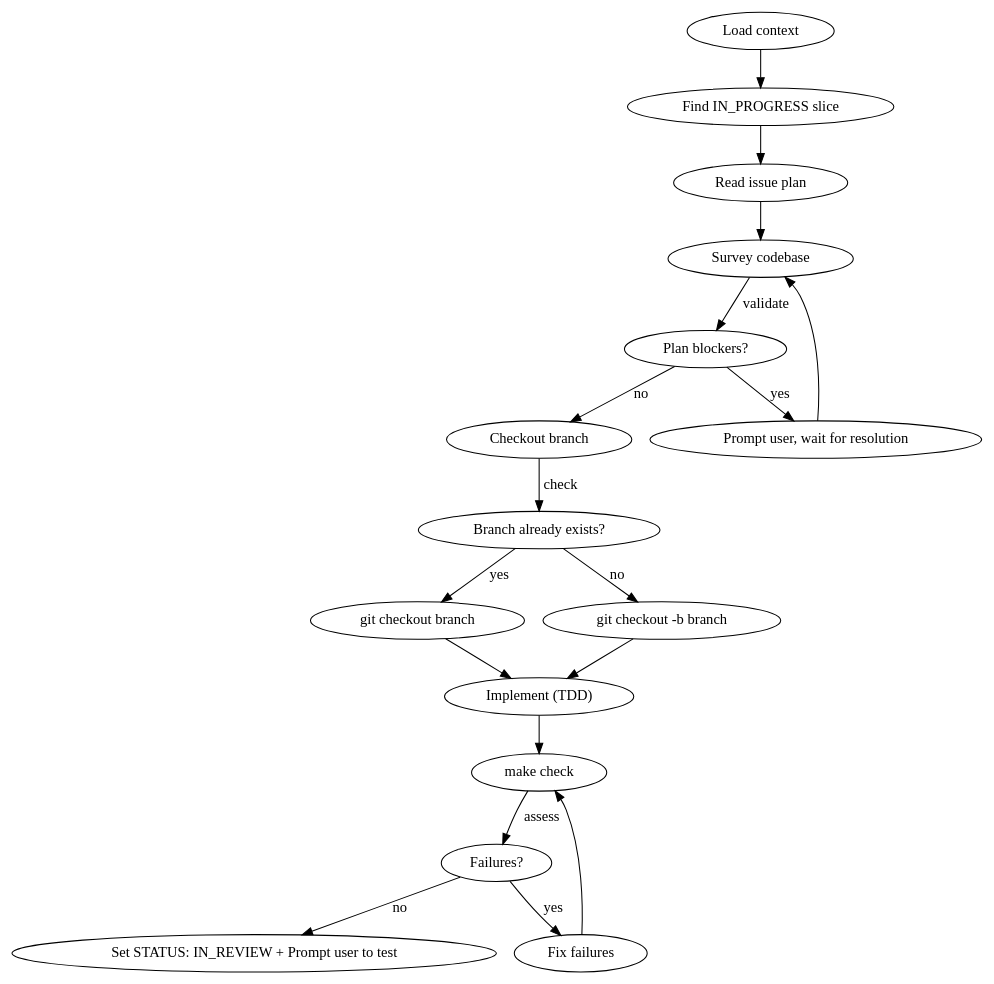
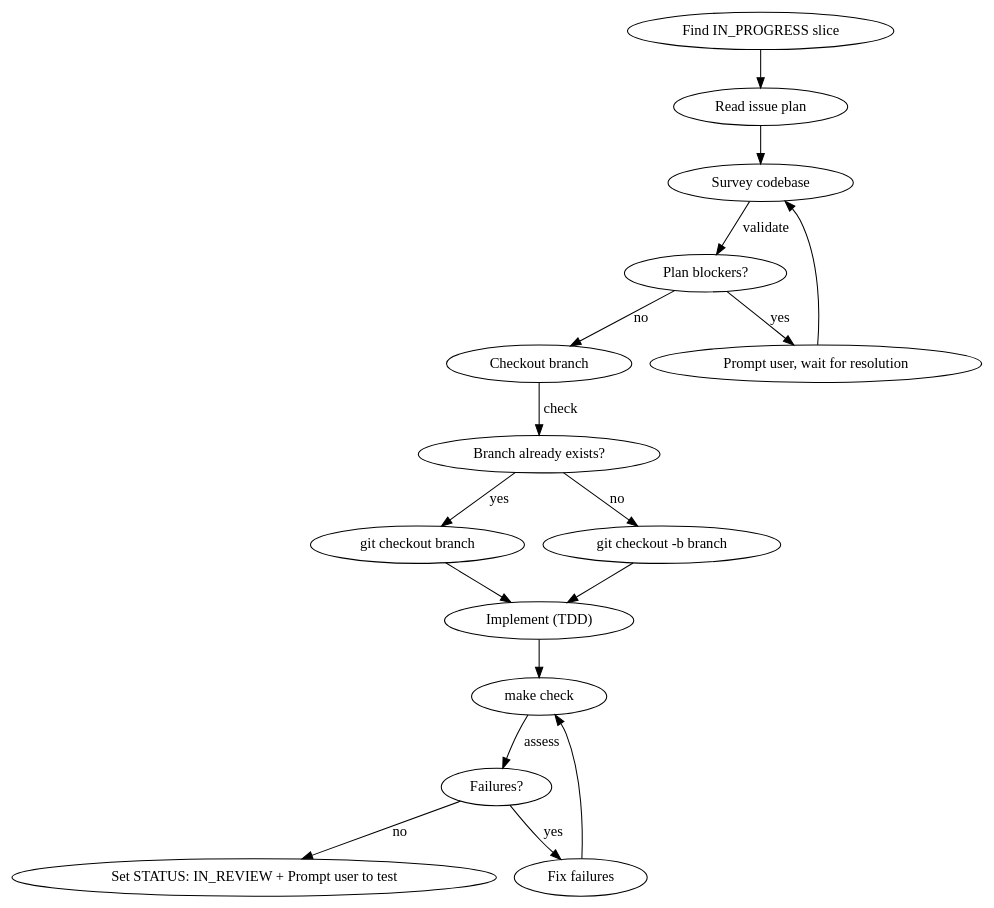
One commit to fredericomozzato/crypto_tracker changed the diagram in .claude/skills/build/SKILL.md. Above: the diagram before and after it, drawn with Graphviz. The commit also changed other lines of this file and 5 other files, not shown here.

````diff
--- a/.claude/skills/build/SKILL.md
+++ b/.claude/skills/build/SKILL.md
@@ -17,21 +17,20 @@
 ```dot
 digraph build {
-    "Load context" -> "Find IN_PROGRESS slice";
     "Find IN_PROGRESS slice" -> "Read issue plan";
     "Read issue plan" -> "Survey codebase";
     "Survey codebase" -> "Plan blockers?" [label="validate"];
     "Plan blockers?" -> "Prompt user, wait for resolution" [label="yes"];
     "Prompt user, wait for resolution" -> "Survey codebase";
     "Plan blockers?" -> "Checkout branch" [label="no"];
     "Checkout branch" -> "Branch already exists?" [label="check"];
     "Branch already exists?" -> "git checkout branch" [label="yes"];
     "Branch already exists?" -> "git checkout -b branch" [label="no"];
     "git checkout branch" -> "Implement (TDD)";
     "git checkout -b branch" -> "Implement (TDD)";
     "Implement (TDD)" -> "make check";
     "make check" -> "Failures?" [label="assess"];
     "Failures?" -> "Fix failures" [label="yes"];
     "Fix failures" -> "make check";
     "Failures?" -> "Set STATUS: IN_REVIEW + Prompt user to test" [label="no"];
 }
 ```
````
